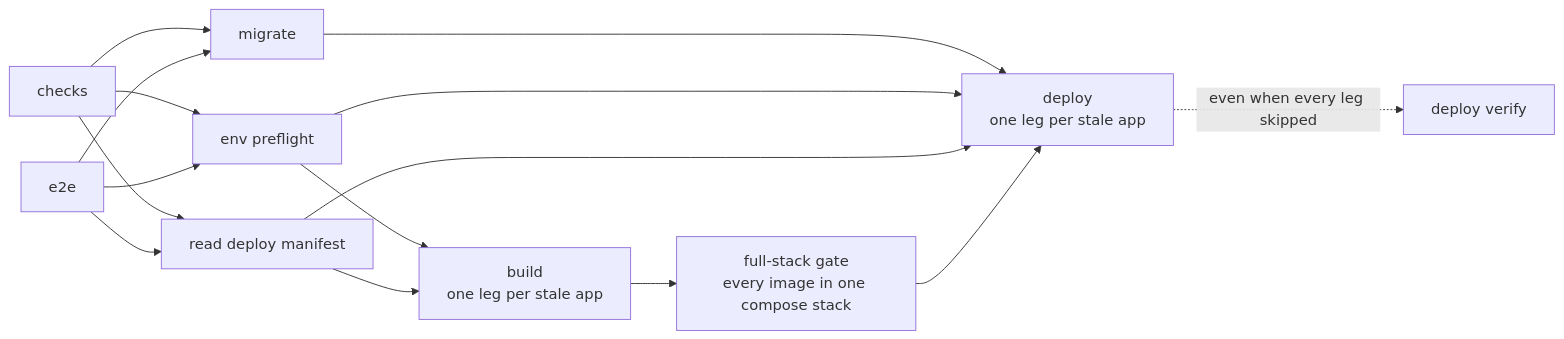
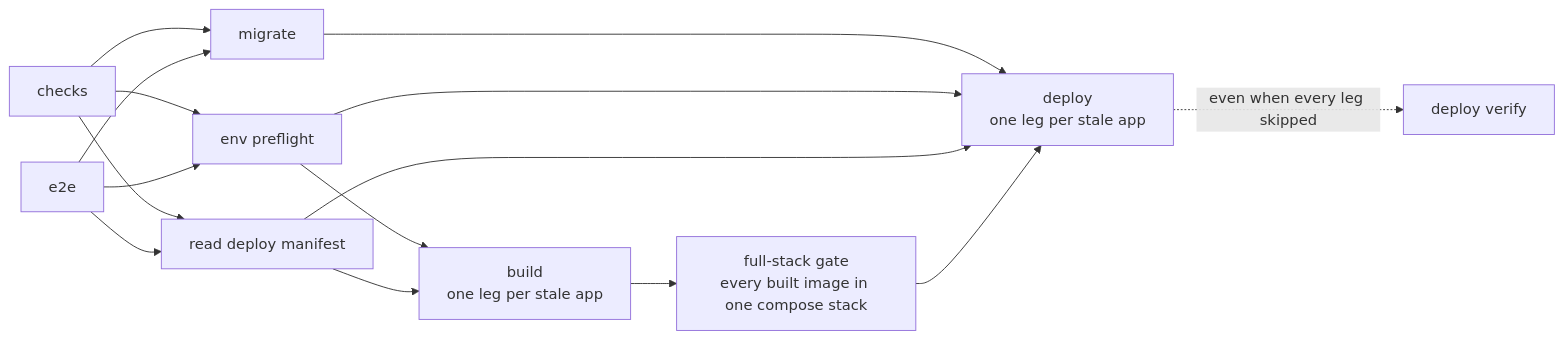
One commit to zgeoff/vers changed the diagram in docs/architecture/platform/deployment.md. Above: the diagram before and after it, drawn with Mermaid. The commit also changed other lines of this file and 1 other file, not shown here.

````diff
--- a/docs/architecture/platform/deployment.md
+++ b/docs/architecture/platform/deployment.md
@@ -71,17 +71,17 @@
 ```mermaid
 flowchart LR
   C[checks] --> M[migrate]
   E[e2e] --> M
   C --> P[env preflight]
   E --> P
   C --> X[read deploy manifest]
   E --> X
   P --> B["build<br>one leg per stale app"]
   X --> B
-  B --> G["full-stack gate<br>every image in one compose stack"]
+  B --> G["full-stack gate<br>every built image in one compose stack"]
   M --> D
   P --> D
   X --> D
   G --> D["deploy<br>one leg per stale app"]
   D -.->|"even when every leg skipped"| V[deploy verify]
 ```
````
